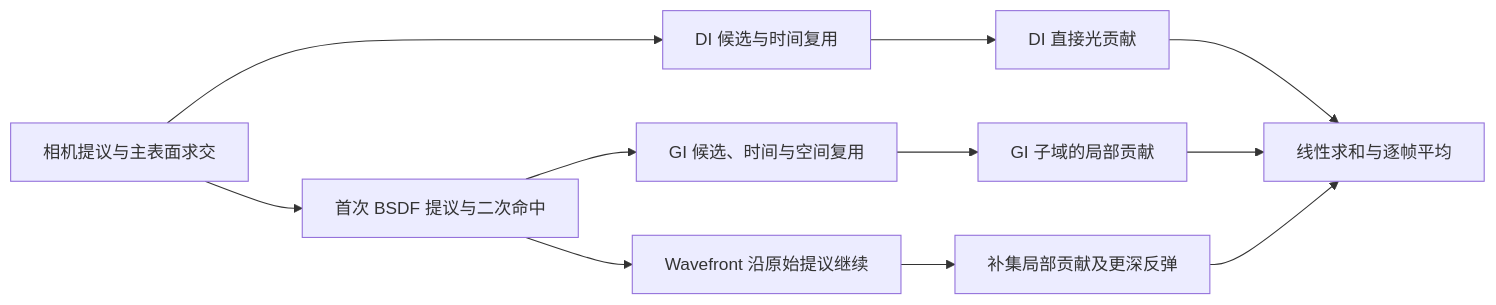
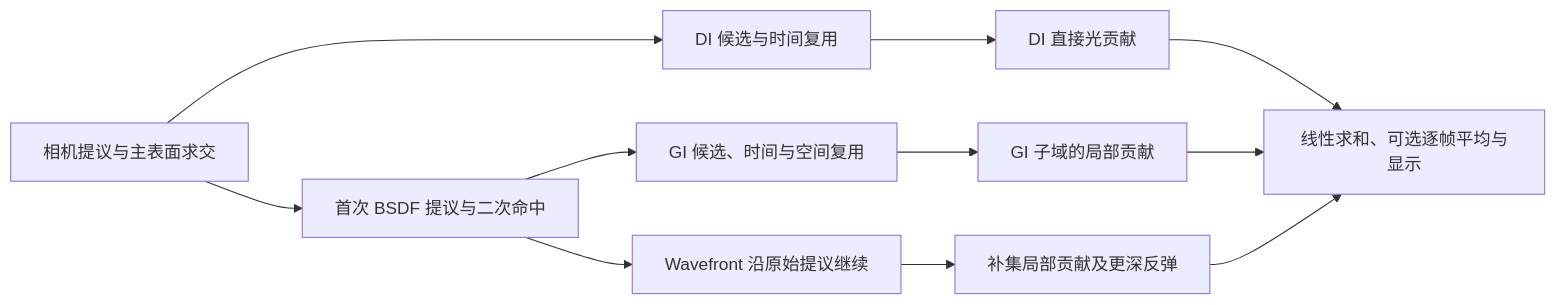
One commit to UriPomer/Unity-Path-Tracing changed the diagram in docs/ADR-ReSTIR-estimator.md. Above: the diagram before and after it, drawn with Mermaid. The commit also changed 8 other files, not shown here.

````diff
--- a/docs/ADR-ReSTIR-estimator.md
+++ b/docs/ADR-ReSTIR-estimator.md
@@ -21,13 +21,13 @@
 ```mermaid
 flowchart LR
     A[相机提议与主表面求交] --> B[DI 候选与时间复用]
     B --> C[DI 直接光贡献]
     A --> D[首次 BSDF 提议与二次命中]
     D --> E[GI 候选、时间与空间复用]
     E --> F[GI 子域的局部贡献]
     D --> G[Wavefront 沿原始提议继续]
     G --> H[补集局部贡献及更深反弹]
-    C --> I[线性求和与逐帧平均]
+    C --> I[线性求和、可选逐帧平均与显示]
     F --> I
     H --> I
 ```
````
